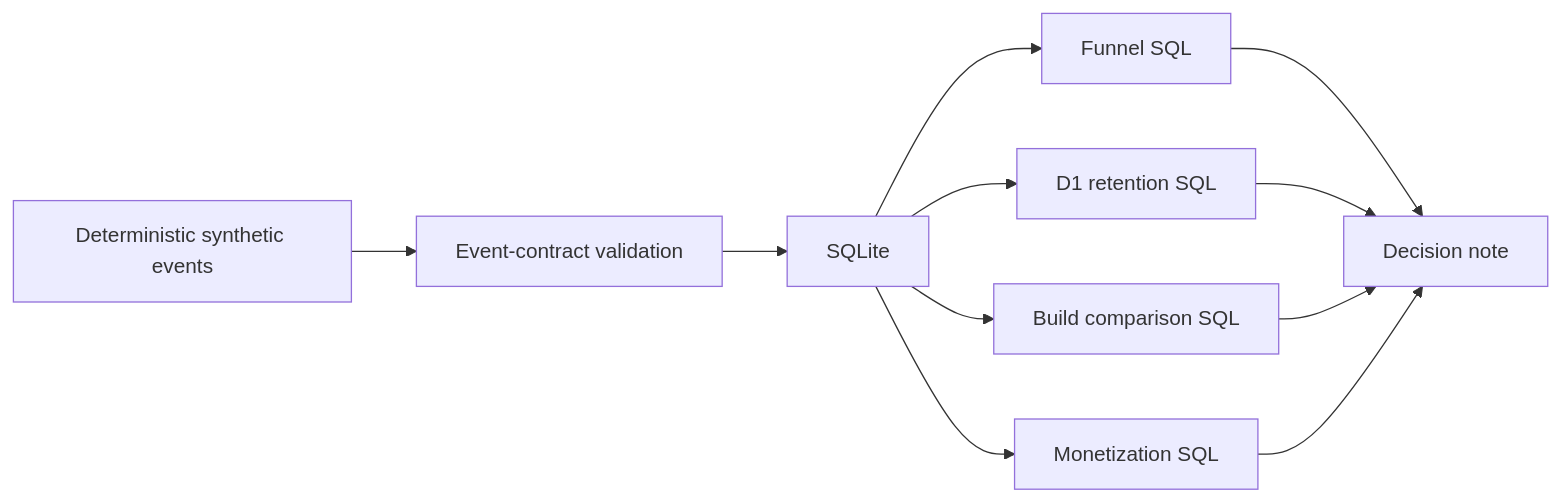
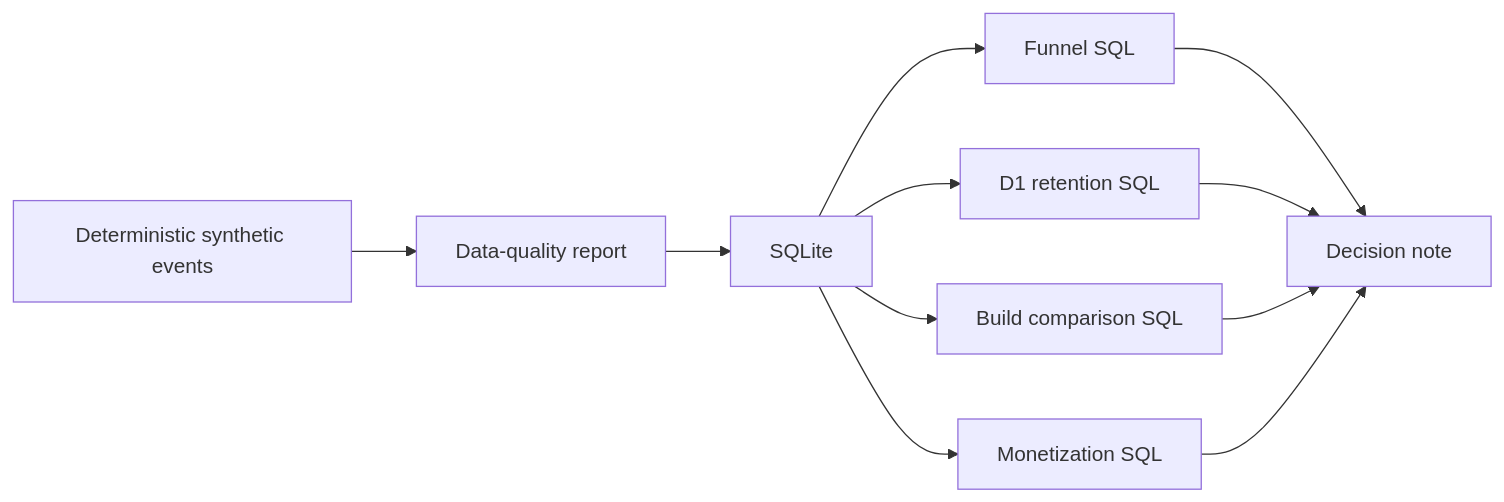
One commit to oguzhanozfe/game-product-analytics-lab changed the diagram in README.md. Above: the diagram before and after it, drawn with Mermaid. The commit also changed other lines of this file, not shown here.

Commit message:
README: describe the data-quality step as a report, not a gate

````diff
--- a/README.md
+++ b/README.md
@@ -24,13 +24,13 @@
 ```mermaid
 flowchart LR
-    A[Deterministic synthetic events] --> B[Event-contract validation]
+    A[Deterministic synthetic events] --> B[Data-quality report]
     B --> C[SQLite]
     C --> D[Funnel SQL]
     C --> E[D1 retention SQL]
     C --> F[Build comparison SQL]
     C --> G[Monetization SQL]
     D --> H[Decision note]
     E --> H
     F --> H
     G --> H
 ```
````
